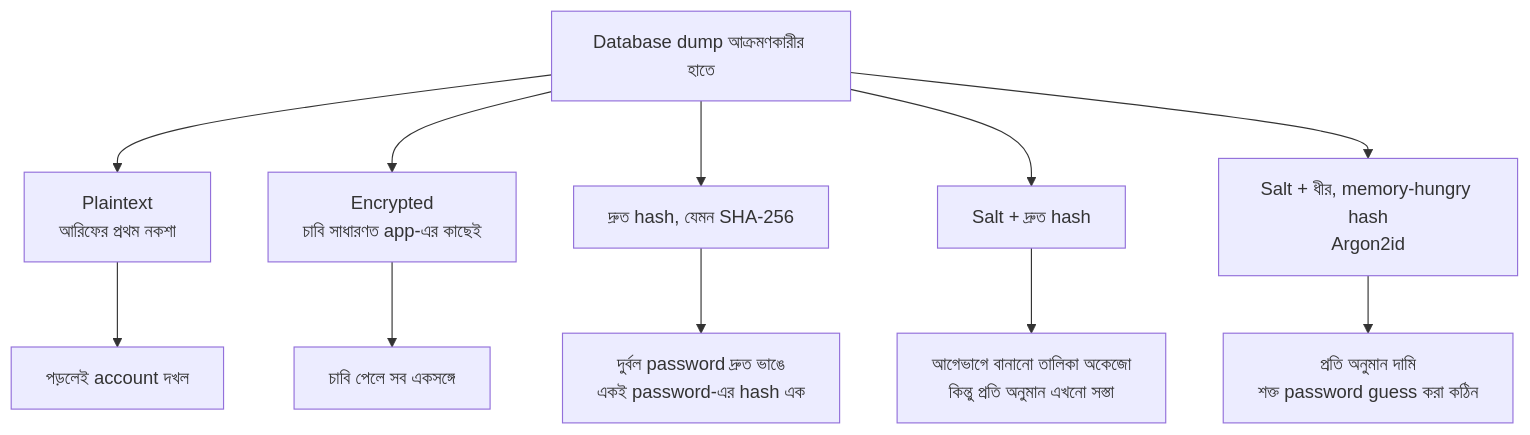
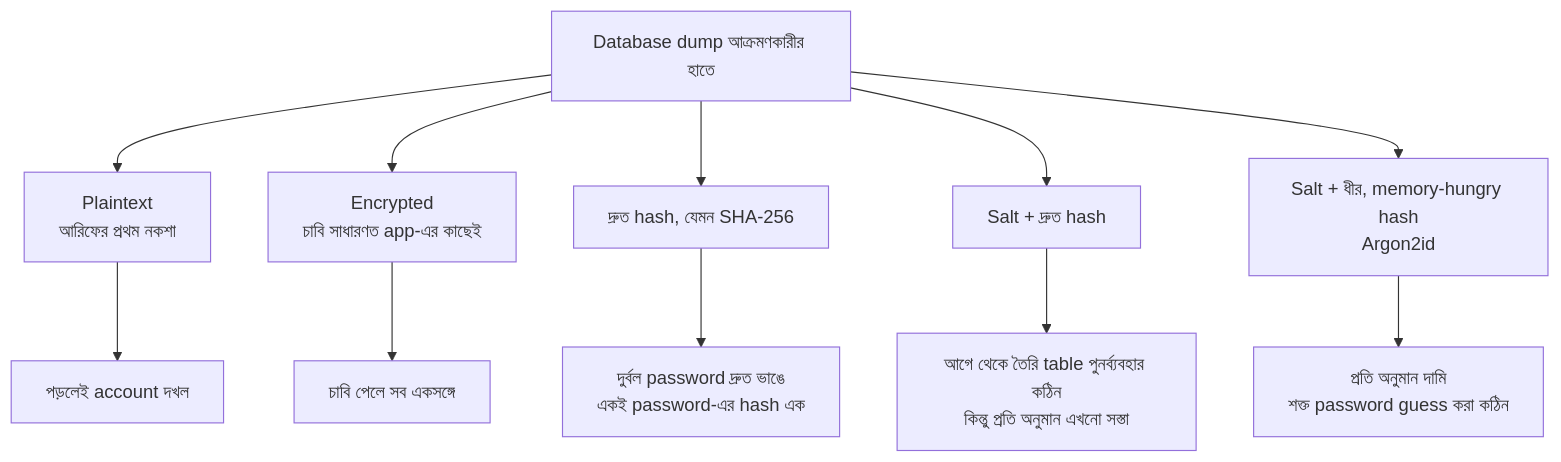
The fifth of 8 diagrams in series/season-1-browser-session-token/03-password-security/README.md (shomi-khan/auth-security-journey), drawn with Mermaid before and after one commit. The commit also changed other lines of this file, not shown here.

````diff
--- a/series/season-1-browser-session-token/03-password-security/README.md
+++ b/series/season-1-browser-session-token/03-password-security/README.md
@@ -261,13 +263,13 @@
 ```mermaid
 flowchart TD
     D["Database dump আক্রমণকারীর হাতে"] --> P["Plaintext<br/>আরিফের প্রথম নকশা"]
     D --> E["Encrypted<br/>চাবি সাধারণত app-এর কাছেই"]
     D --> F["দ্রুত hash, যেমন SHA-256"]
     D --> S["Salt + দ্রুত hash"]
     D --> A["Salt + ধীর, memory-hungry hash<br/>Argon2id"]
     P --> R1["পড়লেই account দখল"]
     E --> R2["চাবি পেলে সব একসঙ্গে"]
     F --> R3["দুর্বল password দ্রুত ভাঙে<br/>একই password-এর hash এক"]
-    S --> R4["আগেভাগে বানানো তালিকা অকেজো<br/>কিন্তু প্রতি অনুমান এখনো সস্তা"]
+    S --> R4["আগে থেকে তৈরি table পুনর্ব্যবহার কঠিন<br/>কিন্তু প্রতি অনুমান এখনো সস্তা"]
     A --> R5["প্রতি অনুমান দামি<br/>শক্ত password guess করা কঠিন"]
 ```
````
